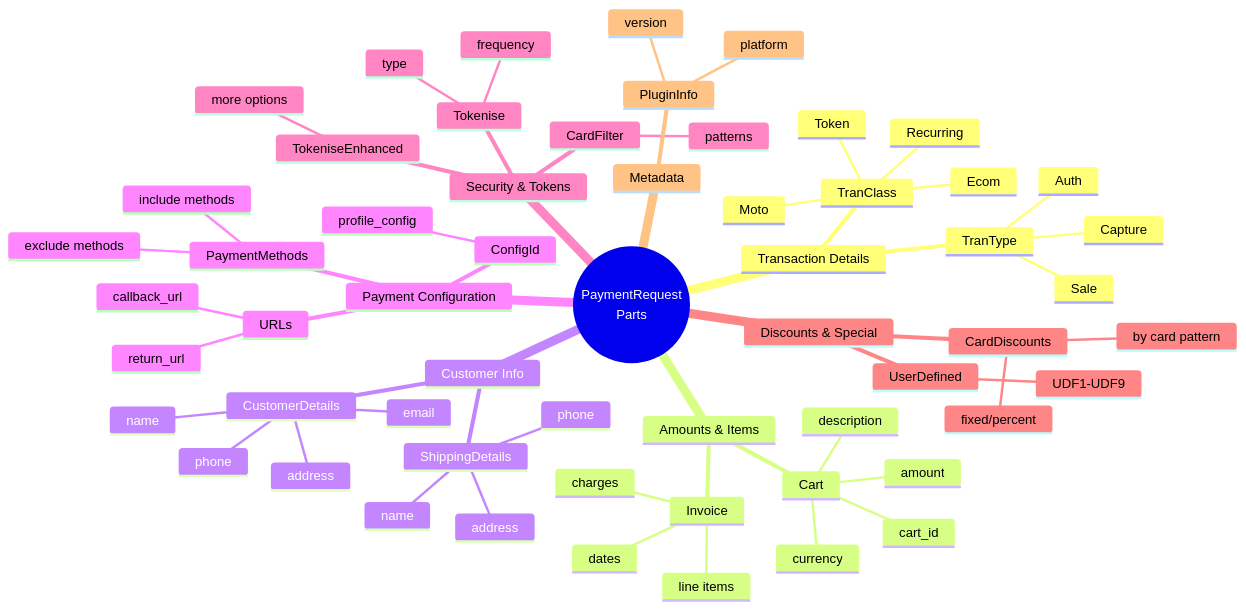
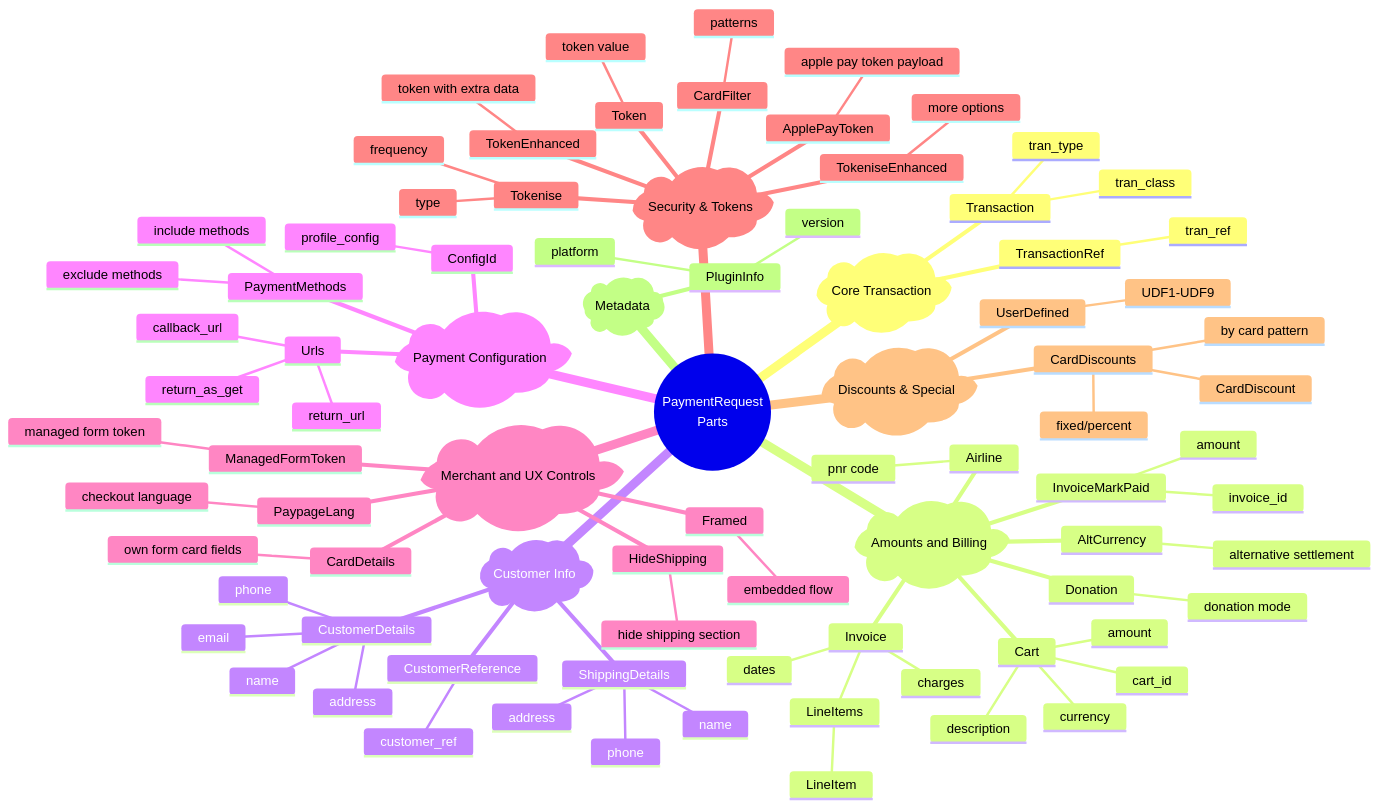
Before and after one commit to paytabscom/php-sdk: the diagram in docs/diagrams/payment-parts-reference.mmd, drawn with Mermaid. The commit also changed 1 other file, not shown here.

Commit message:
Update diagrams

```diff
--- a/docs/diagrams/payment-parts-reference.mmd
+++ b/docs/diagrams/payment-parts-reference.mmd
@@ -1,62 +1,96 @@
 %% PayTabs Payment Parts Reference
 %% Shows all available parts and their purpose
 
 mindmap
   root((PaymentRequest<br/>Parts))
-    Transaction Details
-      TranType
-        Sale
-        Auth
-        Capture
-      TranClass
-        Ecom
-        Moto
-        Recurring
-        Token
-    Amounts & Items
+    )Core Transaction(
+      Transaction
+        tran_type
+        tran_class
+      TransactionRef
+        tran_ref
+
+    )Amounts and Billing(
       Cart
         cart_id
         currency
         amount
         description
       Invoice
-        line items
+        LineItems
+          LineItem
         charges
         dates
-    Customer Info
+      AltCurrency
+        alternative settlement
+      Donation
+        donation mode
+      Airline
+        pnr code
+      InvoiceMarkPaid
+        invoice_id
+        amount
+
+    )Customer Info(
       CustomerDetails
         name
         phone
         email
         address
       ShippingDetails
         name
         phone
         address
-    Payment Configuration
-      URLs
+      CustomerReference
+        customer_ref
+
+    )Payment Configuration(
+      Urls
         return_url
         callback_url
+        return_as_get
       ConfigId
         profile_config
       PaymentMethods
         include methods
         exclude methods
-    Security & Tokens
+
+    )Merchant and UX Controls(
+      PaypageLang
+        checkout language
+      Framed
+        embedded flow
+      HideShipping
+        hide shipping section
+      ManagedFormToken
+        managed form token
+      CardDetails
+        own form card fields
+
+    )Security & Tokens(
       Tokenise
         type
         frequency
       TokeniseEnhanced
         more options
+      Token
+        token value
+      TokenEnhanced
+        token with extra data
+      ApplePayToken
+        apple pay token payload
       CardFilter
         patterns
-    Discounts & Special
+
+    )Discounts & Special(
       CardDiscounts
         fixed/percent
         by card pattern
+        CardDiscount
       UserDefined
         UDF1-UDF9
-    Metadata
+
+    )Metadata(
       PluginInfo
         platform
         version
```
